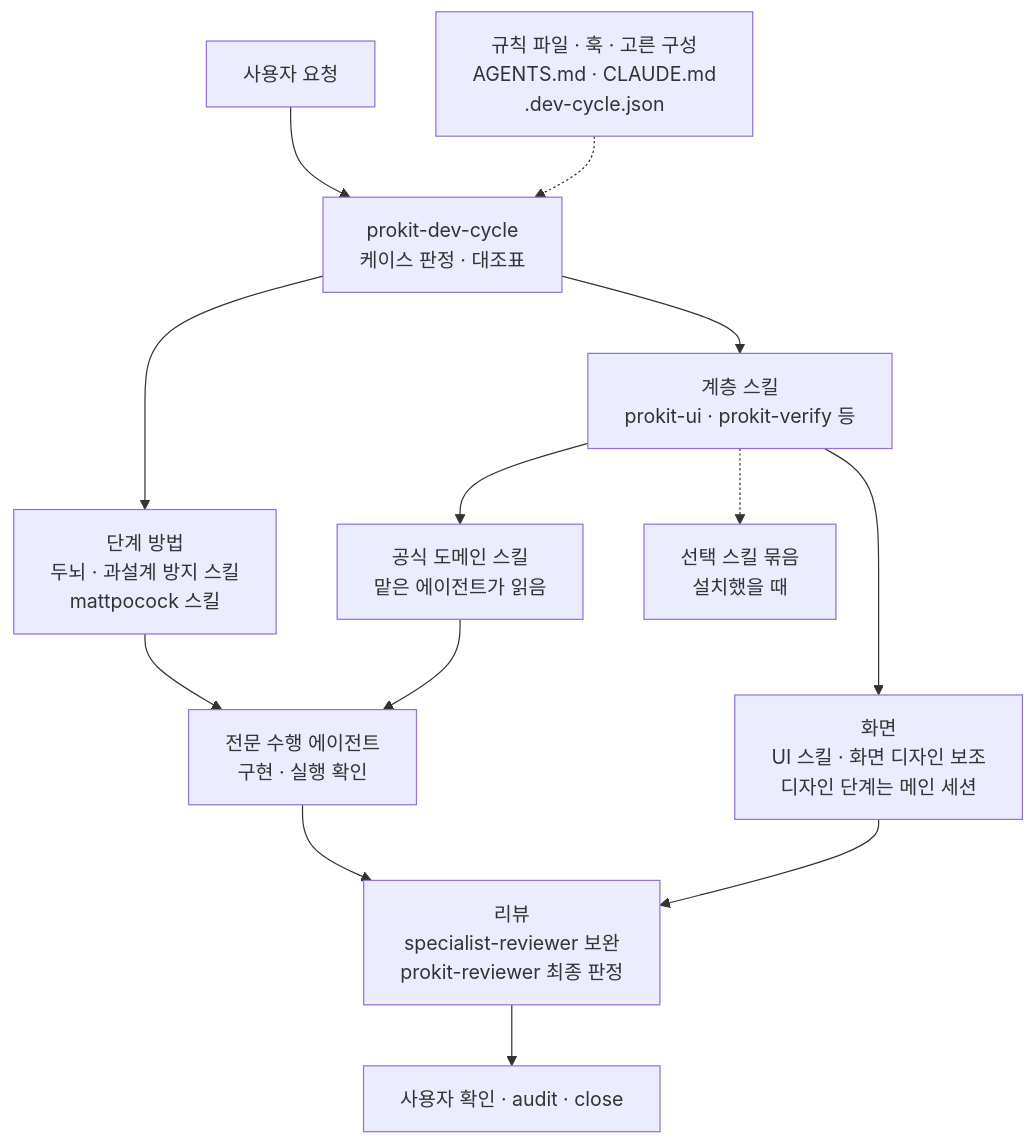
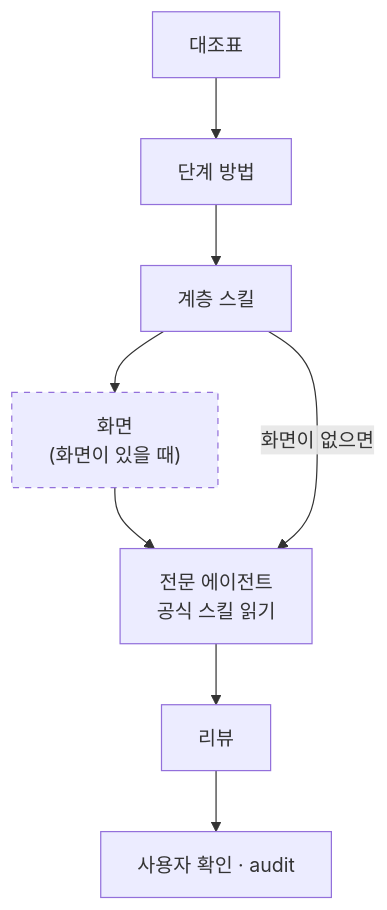
One commit to roadkwon-ai/pro-kit changed the second of 4 diagrams in handbook/skills/skill-map.md. Above: the diagram before and after it, drawn with Mermaid. The commit also changed other lines of this file and 3 other files, not shown here.

````diff
--- a/handbook/skills/skill-map.md
+++ b/handbook/skills/skill-map.md
@@ -9,21 +24,19 @@
 ```mermaid
 ---
 config:
   flowchart:
-    wrappingWidth: 220
+    wrappingWidth: 200
 ---
 flowchart TB
-  RULES["규칙 파일 · 훅 · 고른 구성<br/>AGENTS.md · CLAUDE.md<br/>.dev-cycle.json"]
-  REQ["사용자 요청"] --> DC["prokit-dev-cycle<br/>케이스 판정 · 대조표"]
-  RULES -.-> DC
-  DC --> M["단계 방법<br/>두뇌 · 과설계 방지 스킬<br/>mattpocock 스킬"]
-  DC --> L["계층 스킬<br/>prokit-ui · prokit-verify 등"]
-  L --> UI["화면<br/>UI 스킬 · 화면 디자인 보조<br/>디자인 단계는 메인 세션"]
-  L --> OF["공식 도메인 스킬<br/>맡은 에이전트가 읽음"]
-  L -.-> OP["선택 스킬 묶음<br/>설치했을 때"]
-  M --> IMP["전문 수행 에이전트<br/>구현 · 실행 확인"]
-  OF --> IMP
-  IMP --> REV["리뷰<br/>specialist-reviewer 보완<br/>prokit-reviewer 최종 판정"]
-  UI --> REV
-  REV --> AUD["사용자 확인 · audit · close"]
+  accTitle: 대조표 뒤에 일하는 쪽
+  accDescr: 대조표의 단계마다 고른 구성이 방법을 정하고, 계층 스킬이 분야마다 읽을 스킬과 맡을 에이전트를 정해요. 화면이 있으면 화면 설계를 거쳐, 없으면 바로 전문 에이전트가 구현해요. 전문 에이전트는 공식 스킬을 읽어요. 이어서 리뷰, 사용자 확인과 audit으로 가요.
+  T["대조표"] --> M["단계 방법"]
+  M --> L["계층 스킬"]
+  L --> UI["화면<br/>(화면이 있을 때)"]
+  UI --> IMP["전문 에이전트<br/>공식 스킬 읽기"]
+  L -->|"화면이 없으면"| IMP
+  IMP --> REV["리뷰"]
+  REV --> AUD["사용자 확인 · audit"]
+  classDef opt stroke-dasharray: 5 5
+  class UI opt
 ```
````
